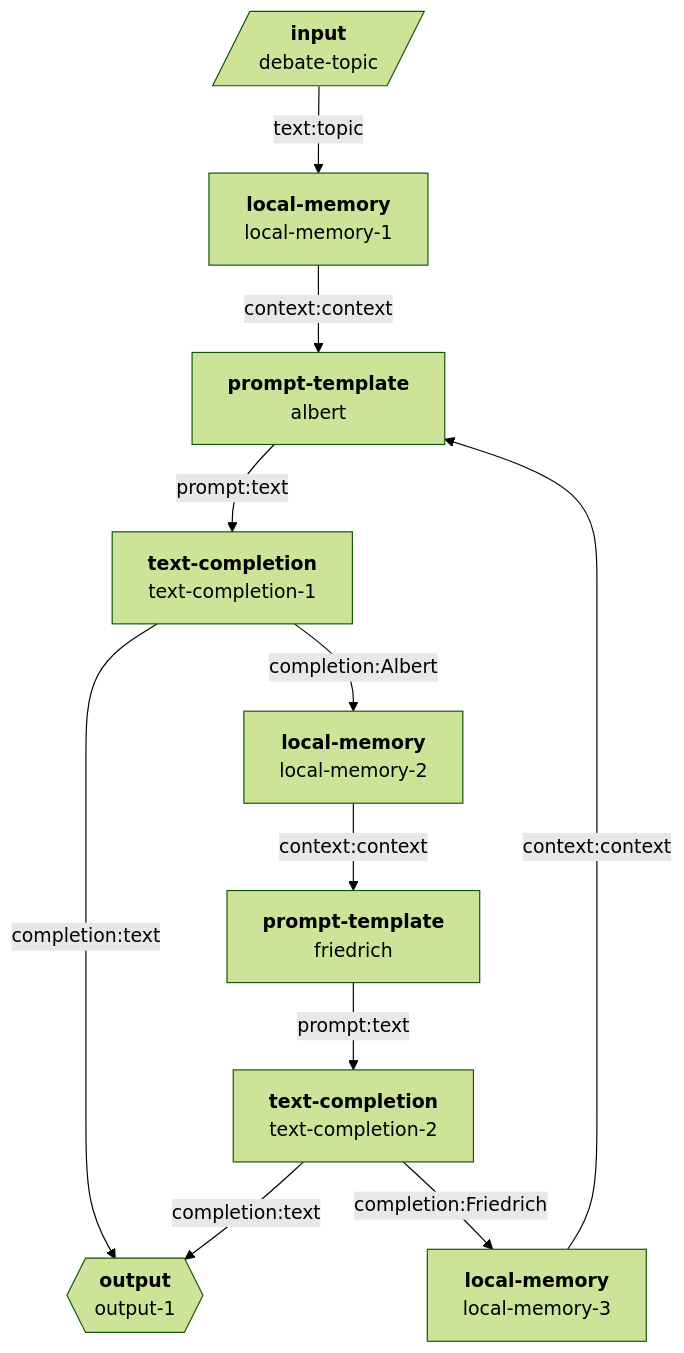
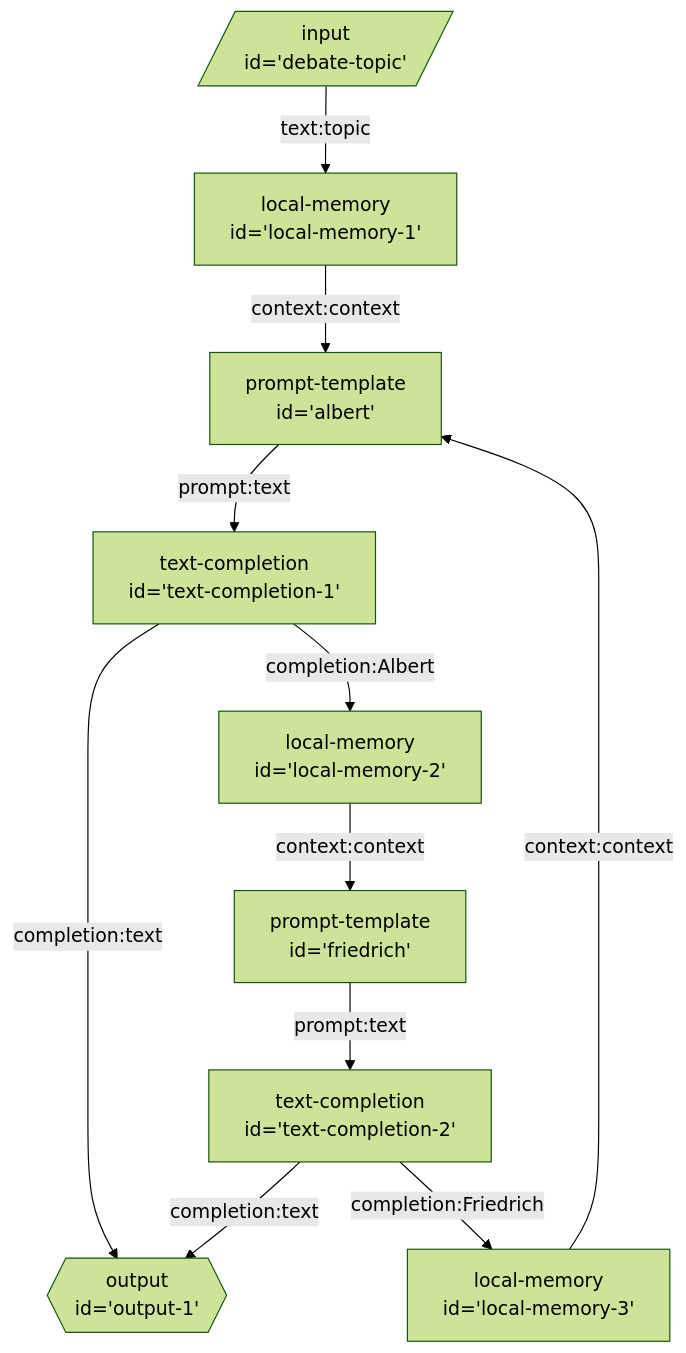
The diagram in seeds/graph-playground/docs/graphs/endless-debate.md (breadboard-ai/breadboard), drawn with Mermaid (forest theme) before and after one commit. The commit also changed 11 other files, not shown here.

First line of the commit message:
[graph-playground] A bit more style tweaking.

````diff
--- a/seeds/graph-playground/docs/graphs/endless-debate.md
+++ b/seeds/graph-playground/docs/graphs/endless-debate.md
@@ -4,33 +4,33 @@
 ```mermaid
 graph TD;
-debate-topic[/"`**input**
-debate-topic`"/]:::input -- text:topic --> local-memory-1["`**local-memory**
-local-memory-1`"]
-local-memory-1["`**local-memory**
-local-memory-1`"] -- context:context --> albert["`**prompt-template**
-albert`"]
-albert["`**prompt-template**
-albert`"] -- prompt:text --> text-completion-1["`**text-completion**
-text-completion-1`"]
-text-completion-1["`**text-completion**
-text-completion-1`"] -- completion:text --> output-1{{"`**output**
-output-1`"}}:::output
-text-completion-1["`**text-completion**
-text-completion-1`"] -- completion:Albert --> local-memory-2["`**local-memory**
-local-memory-2`"]
-local-memory-2["`**local-memory**
-local-memory-2`"] -- context:context --> friedrich["`**prompt-template**
-friedrich`"]
-friedrich["`**prompt-template**
-friedrich`"] -- prompt:text --> text-completion-2["`**text-completion**
-text-completion-2`"]
-text-completion-2["`**text-completion**
-text-completion-2`"] -- completion:text --> output-1{{"`**output**
-output-1`"}}:::output
-text-completion-2["`**text-completion**
-text-completion-2`"] -- completion:Friedrich --> local-memory-3["`**local-memory**
-local-memory-3`"]
-local-memory-3["`**local-memory**
-local-memory-3`"] -- context:context --> albert["`**prompt-template**
-albert`"]
+debate-topic[/"input
+id='debate-topic'"/]:::input -- text:topic --> local-memory-1["local-memory
+id='local-memory-1'"]
+local-memory-1["local-memory
+id='local-memory-1'"] -- context:context --> albert["prompt-template
+id='albert'"]
+albert["prompt-template
+id='albert'"] -- prompt:text --> text-completion-1["text-completion
+id='text-completion-1'"]
+text-completion-1["text-completion
+id='text-completion-1'"] -- completion:text --> output-1{{"output
+id='output-1'"}}:::output
+text-completion-1["text-completion
+id='text-completion-1'"] -- completion:Albert --> local-memory-2["local-memory
+id='local-memory-2'"]
+local-memory-2["local-memory
+id='local-memory-2'"] -- context:context --> friedrich["prompt-template
+id='friedrich'"]
+friedrich["prompt-template
+id='friedrich'"] -- prompt:text --> text-completion-2["text-completion
+id='text-completion-2'"]
+text-completion-2["text-completion
+id='text-completion-2'"] -- completion:text --> output-1{{"output
+id='output-1'"}}:::output
+text-completion-2["text-completion
+id='text-completion-2'"] -- completion:Friedrich --> local-memory-3["local-memory
+id='local-memory-3'"]
+local-memory-3["local-memory
+id='local-memory-3'"] -- context:context --> albert["prompt-template
+id='albert'"]
 ```
````
